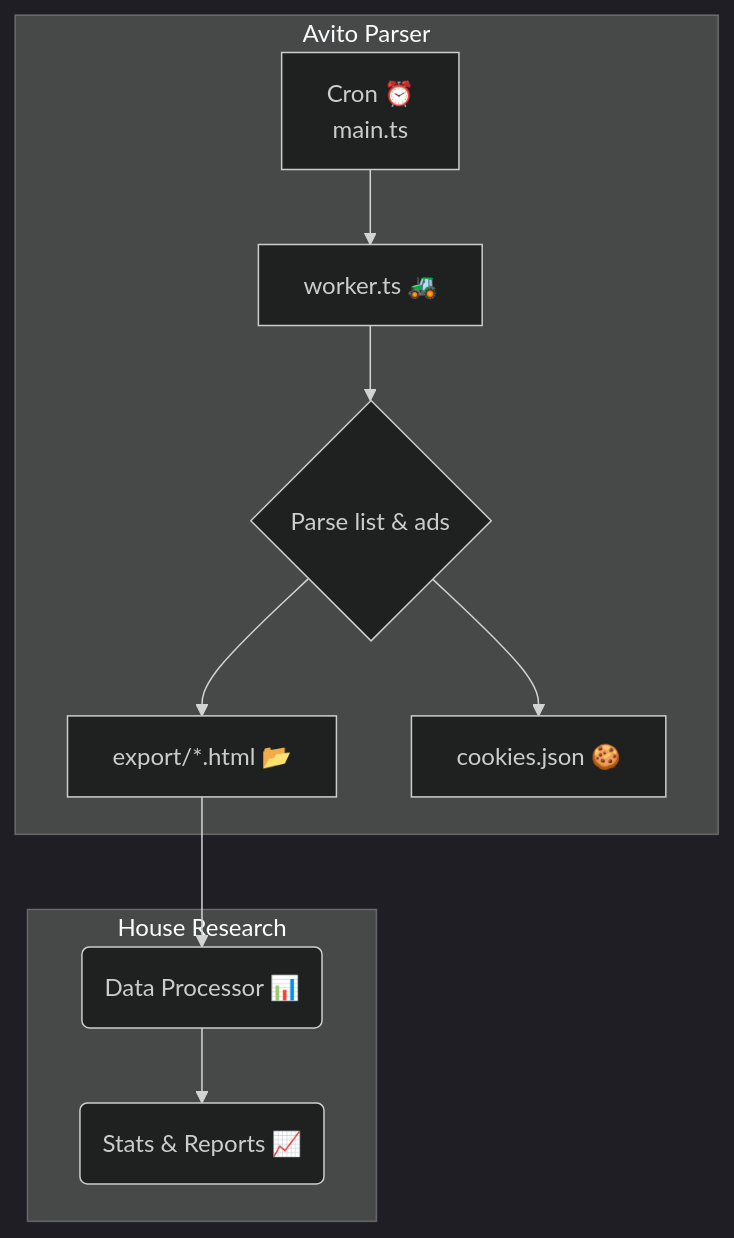
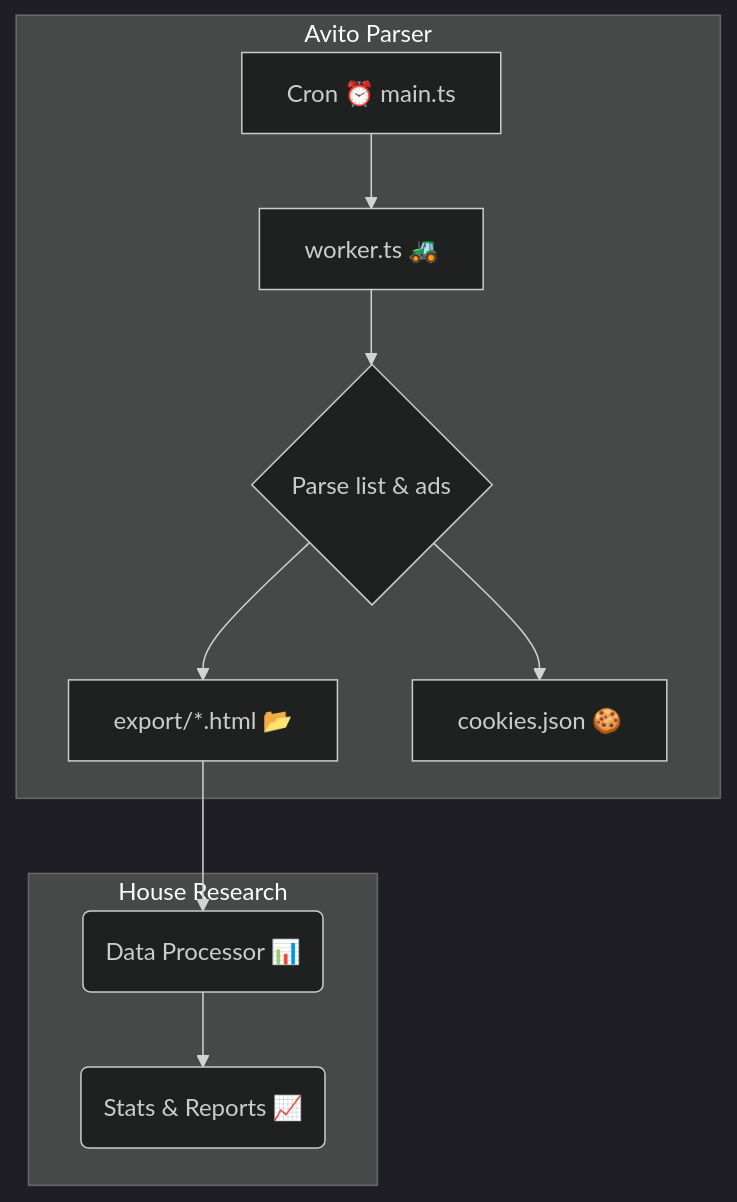
One commit to zxcnoname666/House-Research changed the diagram in README.md. Above: the diagram before and after it, drawn with Mermaid (dark theme).

Commit message:
docs: fixed \n in mermaid

````diff
--- a/README.md
+++ b/README.md
@@ -25,14 +25,14 @@
 ```mermaid
 flowchart TD
     subgraph Avito Parser
-        A[Cron ⏰ \nmain.ts] --> B[worker.ts 🚜]
+        A[Cron ⏰  main.ts] --> B[worker.ts 🚜]
         B --> C{Parse list & ads}
         C --> D[export/*.html 📂]
         C --> E[cookies.json 🍪]
     end
 
     subgraph House Research
         D --> F(Data Processor 📊)
         F --> G(Stats & Reports 📈)
     end
 ```
````
